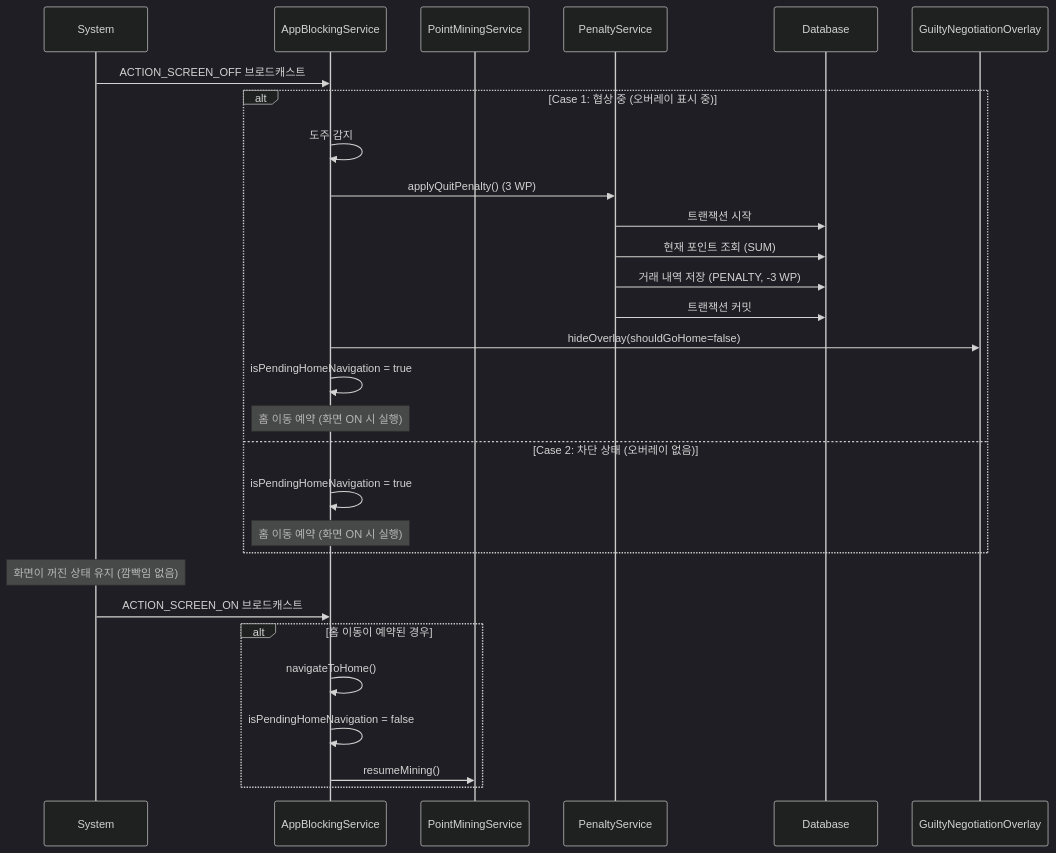
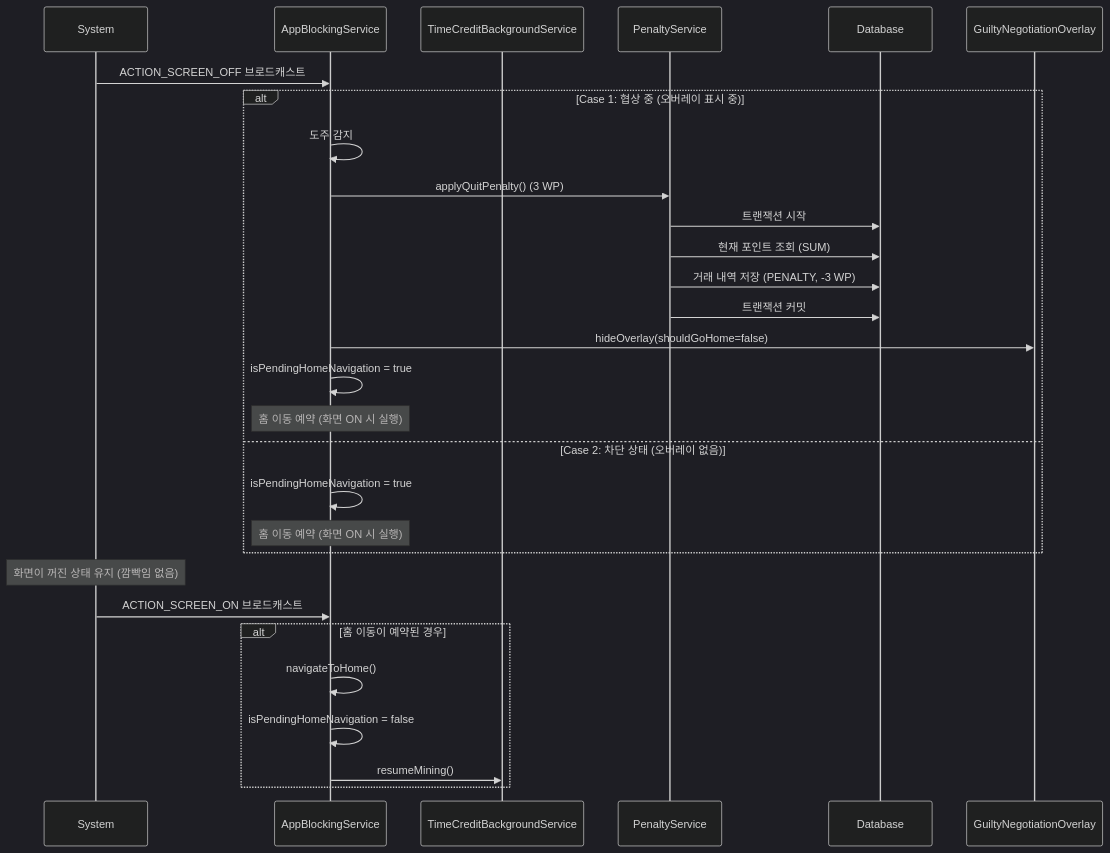
The fourth of 8 diagrams in docs/arch_events.md (KDG12054345/-2), drawn with Mermaid (dark theme) before and after one commit. The commit also changed other lines of this file and 55 other files, not shown here.

````diff
--- a/docs/arch_events.md
+++ b/docs/arch_events.md
@@ -203,35 +199,35 @@
 ```mermaid
 sequenceDiagram
     participant System
     participant AppBlockingService
-    participant PointMiningService
+    participant TimeCreditBackgroundService
     participant PenaltyService
     participant Database
     participant GuiltyNegotiationOverlay
 
     System->>AppBlockingService: ACTION_SCREEN_OFF 브로드캐스트
     
     alt Case 1: 협상 중 (오버레이 표시 중)
         AppBlockingService->>AppBlockingService: 도주 감지
         AppBlockingService->>PenaltyService: applyQuitPenalty() (3 WP)
         PenaltyService->>Database: 트랜잭션 시작
         PenaltyService->>Database: 현재 포인트 조회 (SUM)
         PenaltyService->>Database: 거래 내역 저장 (PENALTY, -3 WP)
         PenaltyService->>Database: 트랜잭션 커밋
         AppBlockingService->>GuiltyNegotiationOverlay: hideOverlay(shouldGoHome=false)
         AppBlockingService->>AppBlockingService: isPendingHomeNavigation = true
         Note over AppBlockingService: 홈 이동 예약 (화면 ON 시 실행)
     else Case 2: 차단 상태 (오버레이 없음)
         AppBlockingService->>AppBlockingService: isPendingHomeNavigation = true
         Note over AppBlockingService: 홈 이동 예약 (화면 ON 시 실행)
     end
     
     Note over System: 화면이 꺼진 상태 유지 (깜빡임 없음)
     
     System->>AppBlockingService: ACTION_SCREEN_ON 브로드캐스트
     alt 홈 이동이 예약된 경우
         AppBlockingService->>AppBlockingService: navigateToHome()
         AppBlockingService->>AppBlockingService: isPendingHomeNavigation = false
-        AppBlockingService->>PointMiningService: resumeMining()
+        AppBlockingService->>TimeCreditBackgroundService: resumeMining()
     end
 ```
````
